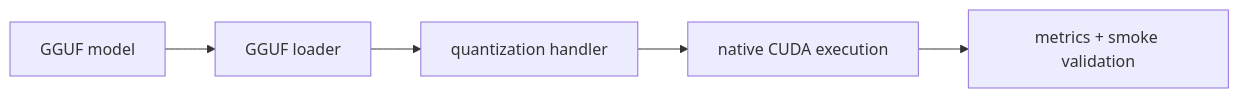
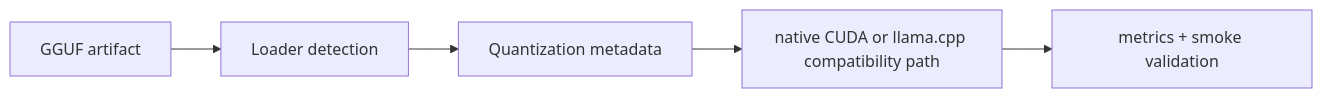
The diagram in docs/GGUF_NATIVE_KERNEL_IMPLEMENTATION.md (vjsingh1984/inferflux), drawn with Mermaid before and after one commit. The commit also changed other lines of this file and 11 other files, not shown here.

````diff
--- a/docs/GGUF_NATIVE_KERNEL_IMPLEMENTATION.md
+++ b/docs/GGUF_NATIVE_KERNEL_IMPLEMENTATION.md
@@ -5,7 +6,7 @@
 ```mermaid
 flowchart LR
-    A[GGUF model] --> B[GGUF loader]
-    B --> C[quantization handler]
-    C --> D[native CUDA execution]
+    A[GGUF artifact] --> B[Loader detection]
+    B --> C[Quantization metadata]
+    C --> D[native CUDA or llama.cpp compatibility path]
     D --> E[metrics + smoke validation]
 ```
````
